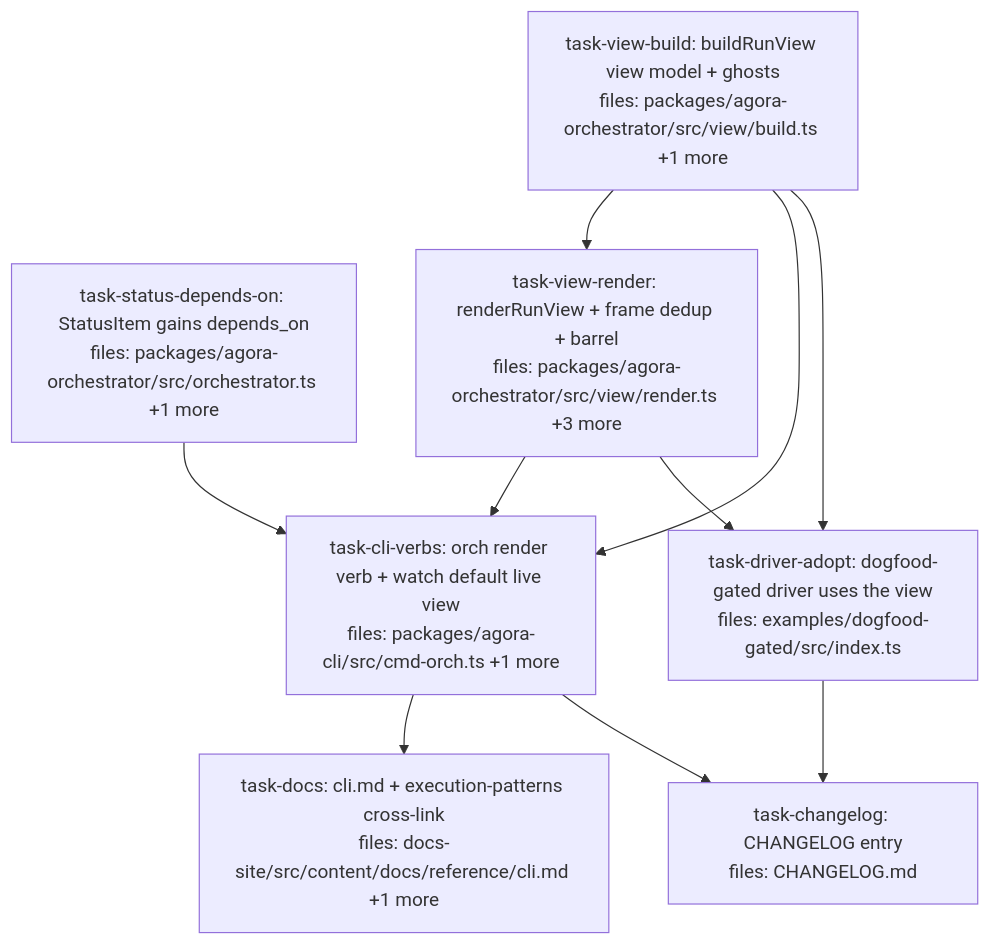
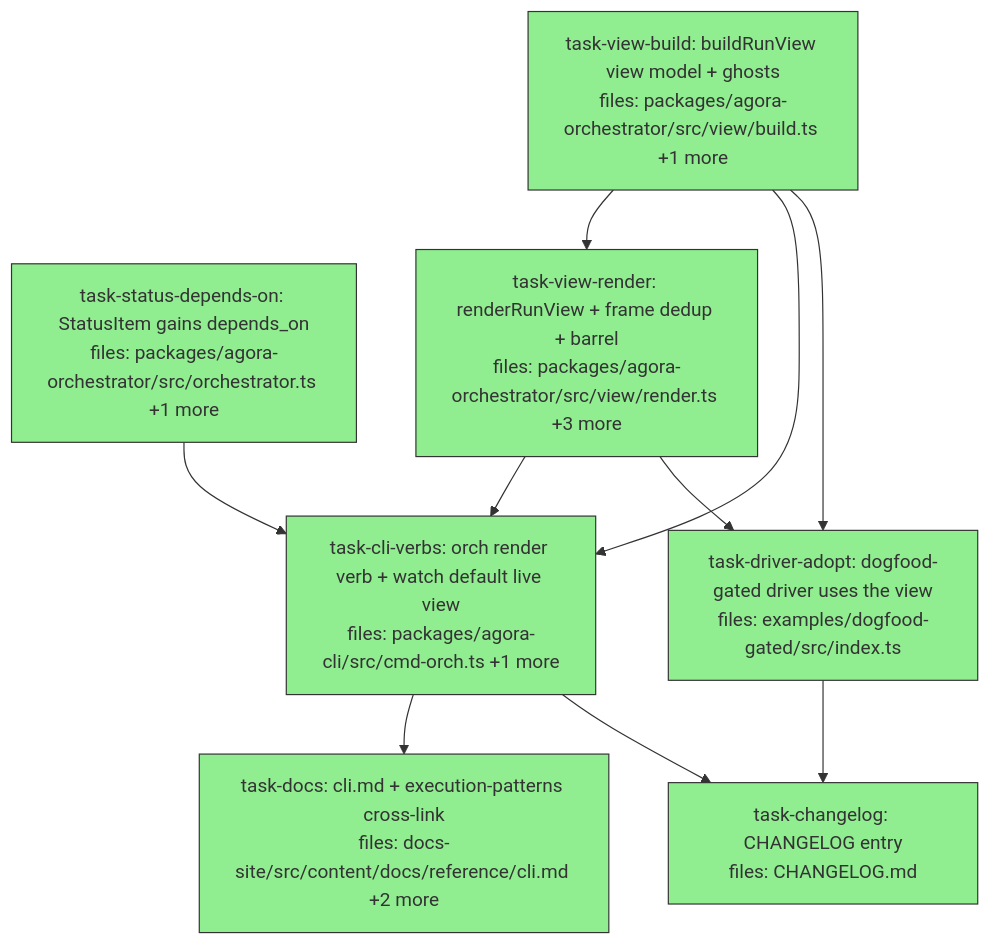
Before and after one commit to QuarrySystems/pangolin: the diagram in docs/superpowers/plans/2026-06-07-run-view-dag.md, drawn with Mermaid. The commit also changed other lines of this file, not shown here.

Commit message:
docs(plan): run-view DAG complete — 7/7 done

````diff
--- a/docs/superpowers/plans/2026-06-07-run-view-dag.md
+++ b/docs/superpowers/plans/2026-06-07-run-view-dag.md
@@ -6,26 +6,26 @@
 ```mermaid
 flowchart TD
-    task-status-depends-on["task-status-depends-on: StatusItem gains depends_on<br/>files: packages/agora-orchestrator/src/orchestrator.ts +1 more"]
-    task-view-build["task-view-build: buildRunView view model + ghosts<br/>files: packages/agora-orchestrator/src/view/build.ts +1 more"]
-    task-view-render["task-view-render: renderRunView + frame dedup + barrel<br/>files: packages/agora-orchestrator/src/view/render.ts +3 more"]
-    task-cli-verbs["task-cli-verbs: orch render verb + watch default live view<br/>files: packages/agora-cli/src/cmd-orch.ts +1 more"]
-    task-driver-adopt["task-driver-adopt: dogfood-gated driver uses the view<br/>files: examples/dogfood-gated/src/index.ts"]
-    task-docs["task-docs: cli.md + execution-patterns cross-link<br/>files: docs-site/src/content/docs/reference/cli.md +1 more"]
-    task-changelog["task-changelog: CHANGELOG entry<br/>files: CHANGELOG.md"]
+    task-status-depends-on["task-status-depends-on: StatusItem gains depends_on<br/>files: packages/agora-orchestrator/src/orchestrator.ts +1 more"]:::done
+    task-view-build["task-view-build: buildRunView view model + ghosts<br/>files: packages/agora-orchestrator/src/view/build.ts +1 more"]:::done
+    task-view-render["task-view-render: renderRunView + frame dedup + barrel<br/>files: packages/agora-orchestrator/src/view/render.ts +3 more"]:::done
+    task-cli-verbs["task-cli-verbs: orch render verb + watch default live view<br/>files: packages/agora-cli/src/cmd-orch.ts +1 more"]:::done
+    task-driver-adopt["task-driver-adopt: dogfood-gated driver uses the view<br/>files: examples/dogfood-gated/src/index.ts"]:::done
+    task-docs["task-docs: cli.md + execution-patterns cross-link<br/>files: docs-site/src/content/docs/reference/cli.md +2 more"]:::done
+    task-changelog["task-changelog: CHANGELOG entry<br/>files: CHANGELOG.md"]:::done
 
     task-view-build --> task-view-render
     task-view-build --> task-cli-verbs
     task-view-render --> task-cli-verbs
     task-status-depends-on --> task-cli-verbs
     task-view-build --> task-driver-adopt
     task-view-render --> task-driver-adopt
     task-cli-verbs --> task-docs
     task-cli-verbs --> task-changelog
     task-driver-adopt --> task-changelog
 
     classDef done fill:#90ee90,stroke:#333
     classDef ready fill:#fffacd,stroke:#333
     classDef running fill:#87ceeb,stroke:#333
     classDef failed fill:#ffb6c1,stroke:#333
     classDef skipped fill:#d3d3d3,stroke:#333,stroke-dasharray: 5 5
 ```
````
